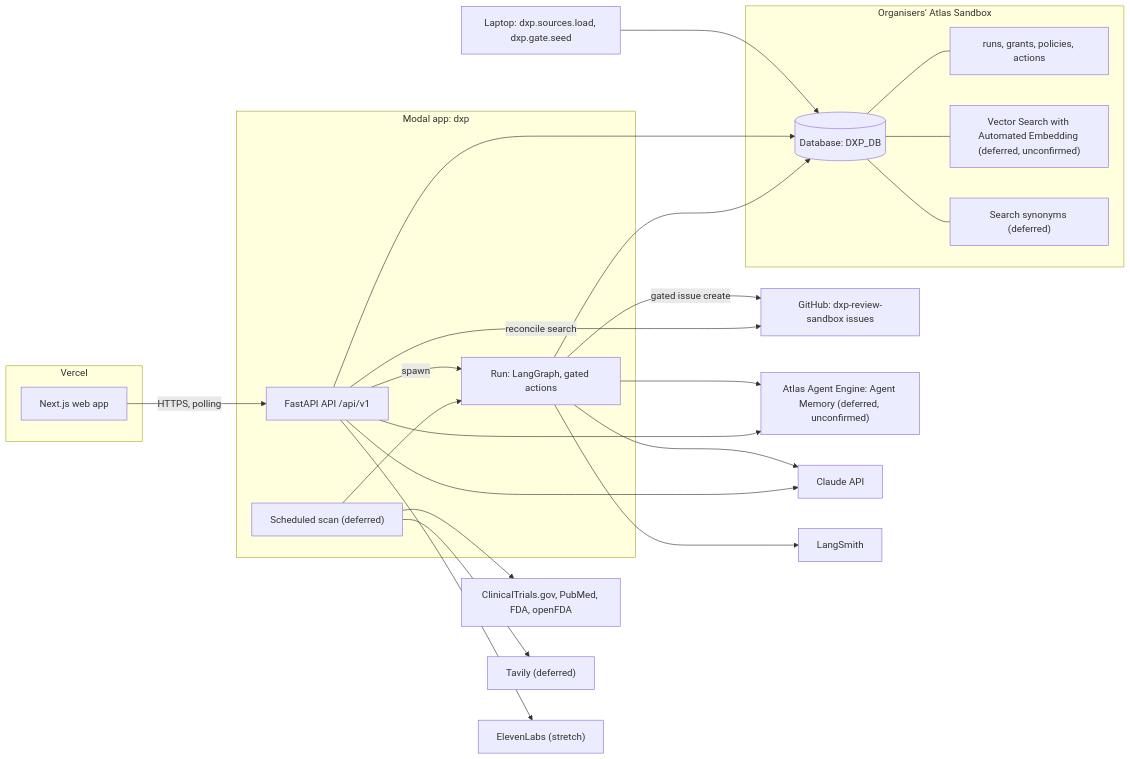
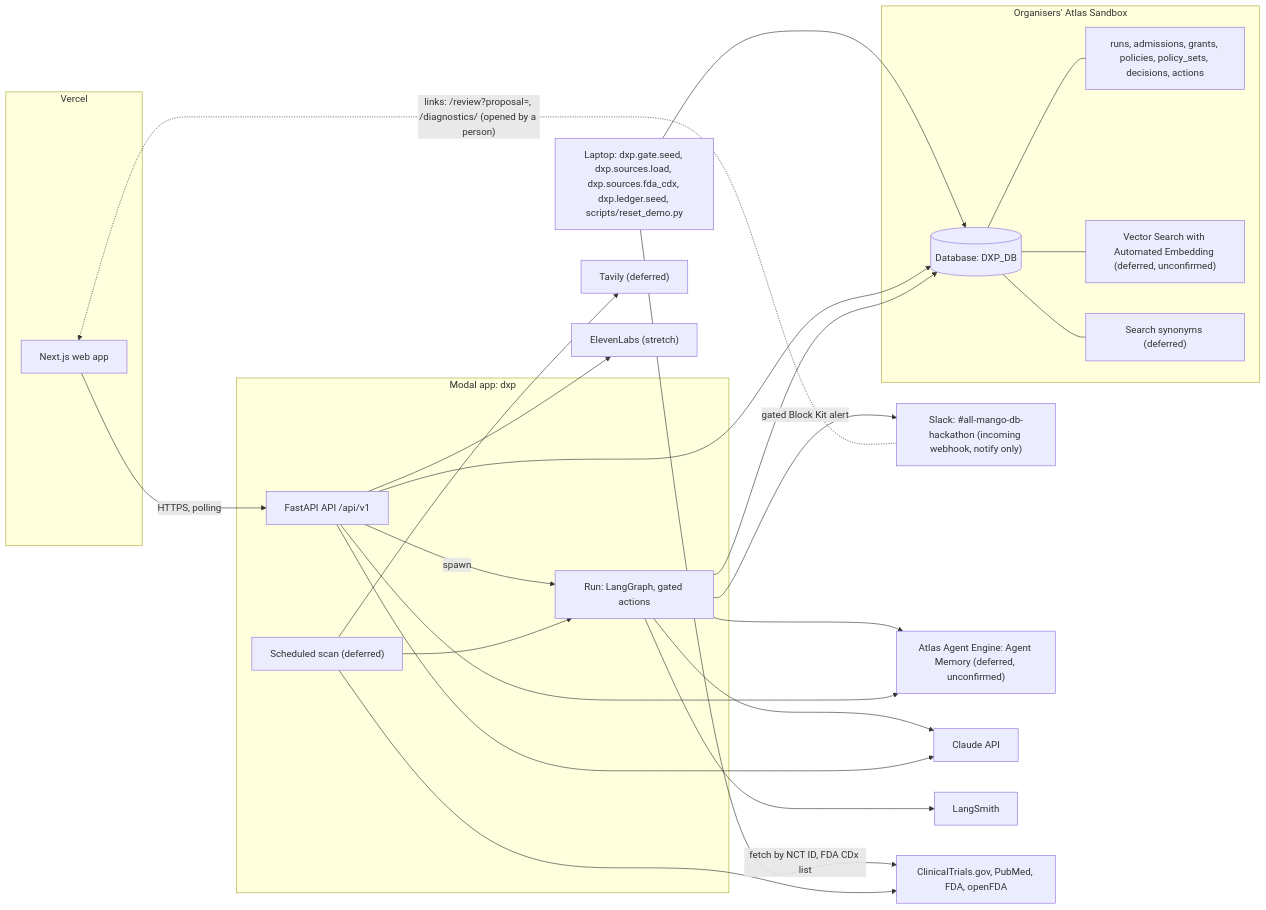
Before and after one commit to lutic1/agents-in-context-toronto: the second of 5 diagrams in _bmad-output/planning-artifacts/architecture/architecture-agents-in-context-toronto-2026-11-13/ARCHITECTURE-SPINE.md, drawn with Mermaid. The commit also changed other lines of this file and 47 other files, not shown here.

````diff
--- a/_bmad-output/planning-artifacts/architecture/architecture-agents-in-context-toronto-2026-11-13/ARCHITECTURE-SPINE.md
+++ b/_bmad-output/planning-artifacts/architecture/architecture-agents-in-context-toronto-2026-11-13/ARCHITECTURE-SPINE.md
@@ -483,44 +571,45 @@
 ```mermaid
 flowchart LR
   subgraph Vercel
     web["Next.js web app"]
   end
   subgraph Modal["Modal app: dxp"]
     api["FastAPI API /api/v1"]
     job["Run: LangGraph, gated actions"]
     cron["Scheduled scan (deferred)"]
   end
   subgraph Atlas["Organisers' Atlas Sandbox"]
     db[("Database: DXP_DB")]
-    gov["runs, grants, policies, actions"]
+    gov["runs, admissions, grants, policies, policy_sets, decisions, actions"]
     vs["Vector Search with Automated Embedding (deferred, unconfirmed)"]
     syn["Search synonyms (deferred)"]
   end
-  laptop["Laptop: dxp.sources.load, dxp.gate.seed"]
-  gh["GitHub: dxp-review-sandbox issues"]
+  laptop["Laptop: dxp.gate.seed, dxp.sources.load, dxp.sources.fda_cdx, dxp.ledger.seed, scripts/reset_demo.py"]
+  slack["Slack: #all-mango-db-hackathon (incoming webhook, notify only)"]
   mem["Atlas Agent Engine: Agent Memory (deferred, unconfirmed)"]
   claude["Claude API"]
   ls["LangSmith"]
   src["ClinicalTrials.gov, PubMed, FDA, openFDA"]
   tav["Tavily (deferred)"]
   el["ElevenLabs (stretch)"]
   web -->|HTTPS, polling| api
   api -->|spawn| job
   cron --> job
   laptop --> db
+  laptop -->|fetch by NCT ID, FDA CDx list| src
   api --> db
   job --> db
   db --- gov
   db --- vs
   db --- syn
-  job -->|gated issue create| gh
-  api -->|reconcile search| gh
+  job -->|gated Block Kit alert| slack
+  slack -.->|"links: /review?proposal=, /diagnostics/ (opened by a person)"| web
   job --> claude
   cron --> src
   cron --> tav
   job --> ls
   job --> mem
   api --> mem
   api --> claude
   api --> el
 ```
````
